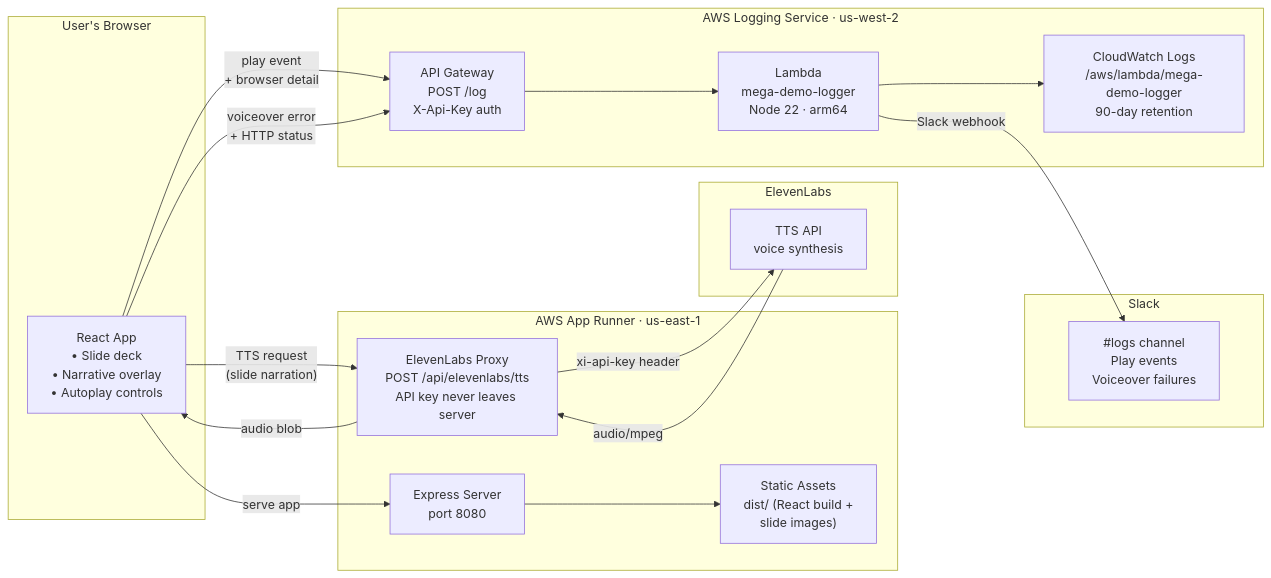
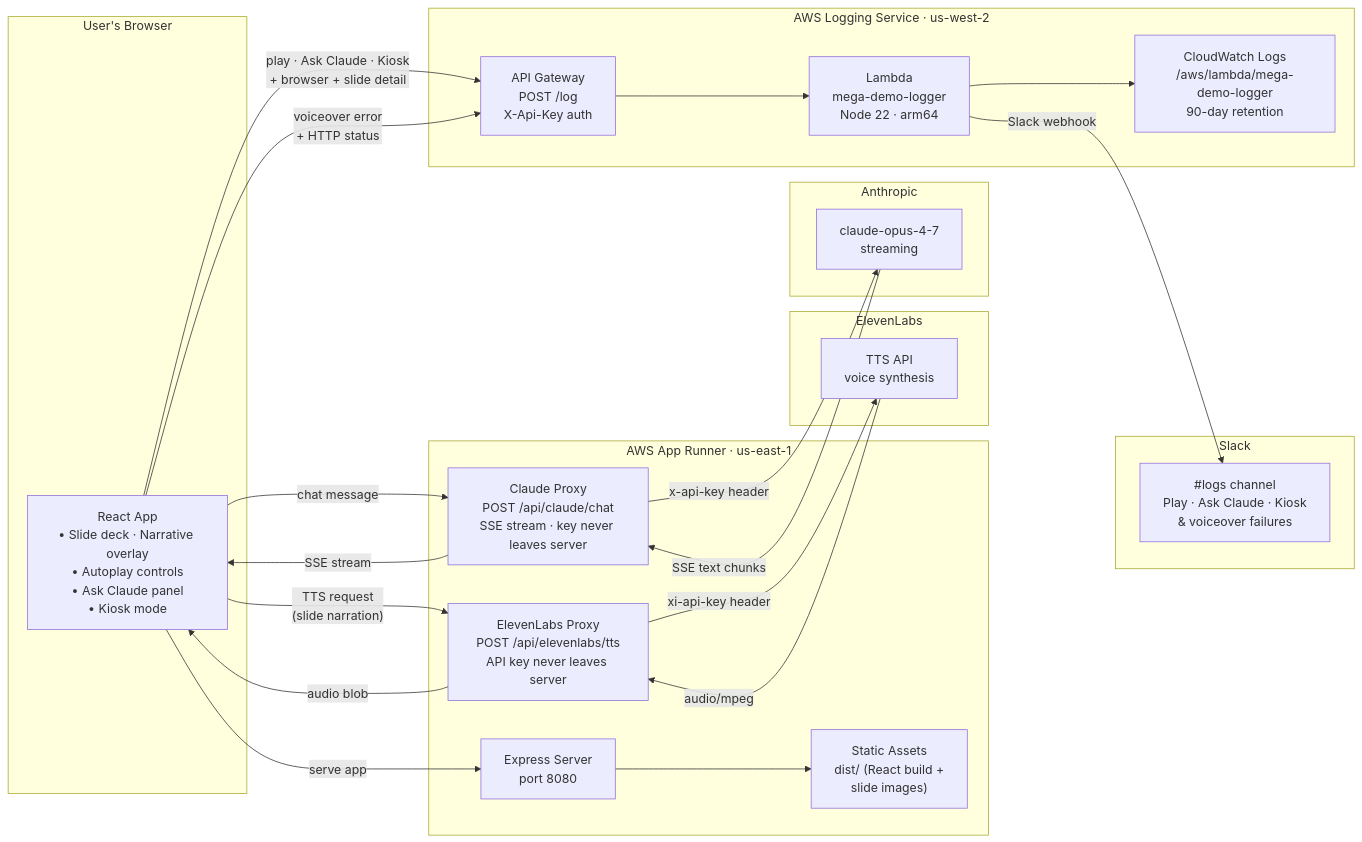
The second of 2 diagrams in README.md (congmingwudi/tdx26-mega-demo), drawn with Mermaid before and after one commit. The commit also changed other lines of this file and 13 other files, not shown here.

First line of the commit message:
Add Claude agent (Ask Claude panel + Kiosk mode), app architecture slide, and logging

````diff
--- a/README.md
+++ b/README.md
@@ -102,38 +119,47 @@
 ```mermaid
 flowchart LR
     subgraph Browser["User's Browser"]
-        UI["React App\n• Slide deck\n• Narrative overlay\n• Autoplay controls"]
+        UI["React App\n• Slide deck · Narrative overlay\n• Autoplay controls\n• Ask Claude panel\n• Kiosk mode"]
     end
 
     subgraph AppRunner["AWS App Runner · us-east-1"]
         EXPRESS["Express Server\nport 8080"]
         STATIC["Static Assets\ndist/ (React build +\nslide images)"]
-        PROXY["ElevenLabs Proxy\nPOST /api/elevenlabs/tts\nAPI key never leaves server"]
+        ELPROXY["ElevenLabs Proxy\nPOST /api/elevenlabs/tts\nAPI key never leaves server"]
+        CLPROXY["Claude Proxy\nPOST /api/claude/chat\nSSE stream · key never leaves server"]
     end
 
     subgraph ElevenLabs["ElevenLabs"]
         ELAPI["TTS API\nvoice synthesis"]
+    end
+
+    subgraph Anthropic["Anthropic"]
+        CLAPI["claude-opus-4-7\nstreaming"]
     end
 
     subgraph LoggingService["AWS Logging Service · us-west-2"]
         APIGW["API Gateway\nPOST /log\nX-Api-Key auth"]
         LAMBDA["Lambda\nmega-demo-logger\nNode 22 · arm64"]
         CW["CloudWatch Logs\n/aws/lambda/mega-demo-logger\n90-day retention"]
     end
 
     subgraph Slack["Slack"]
-        LOGS["#logs channel\nPlay events\nVoiceover failures"]
+        LOGS["#logs channel\nPlay · Ask Claude · Kiosk\n& voiceover failures"]
     end
 
     UI -->|"serve app"| EXPRESS
     EXPRESS --> STATIC
-    UI -->|"TTS request\n(slide narration)"| PROXY
-    PROXY -->|"xi-api-key header"| ELAPI
-    ELAPI -->|"audio/mpeg"| PROXY
-    PROXY -->|"audio blob"| UI
-    UI -->|"play event\n+ browser detail"| APIGW
+    UI -->|"TTS request\n(slide narration)"| ELPROXY
+    ELPROXY -->|"xi-api-key header"| ELAPI
+    ELAPI -->|"audio/mpeg"| ELPROXY
+    ELPROXY -->|"audio blob"| UI
+    UI -->|"chat message"| CLPROXY
+    CLPROXY -->|"x-api-key header"| CLAPI
+    CLAPI -->|"SSE text chunks"| CLPROXY
+    CLPROXY -->|"SSE stream"| UI
+    UI -->|"play · Ask Claude · Kiosk\n+ browser + slide detail"| APIGW
     UI -->|"voiceover error\n+ HTTP status"| APIGW
     APIGW --> LAMBDA
     LAMBDA --> CW
     LAMBDA -->|"Slack webhook"| LOGS
 ```
````
